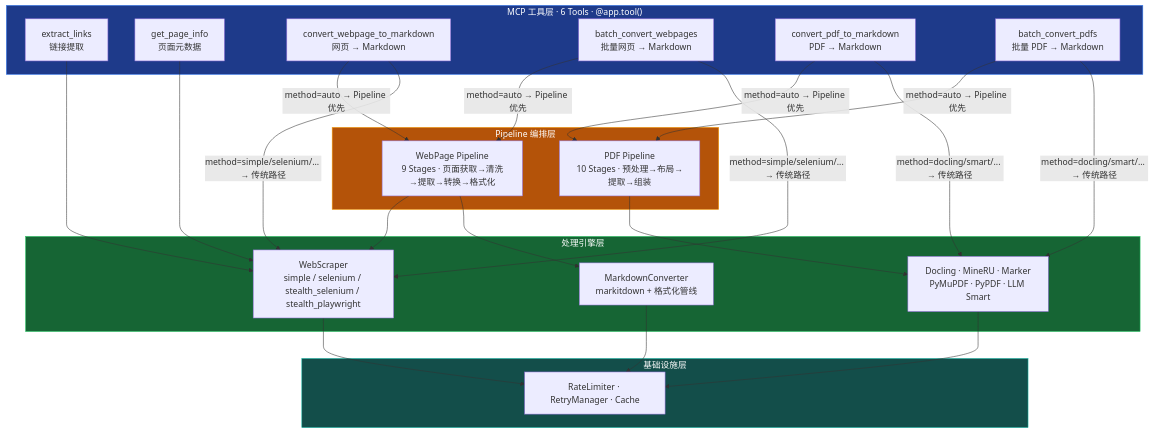
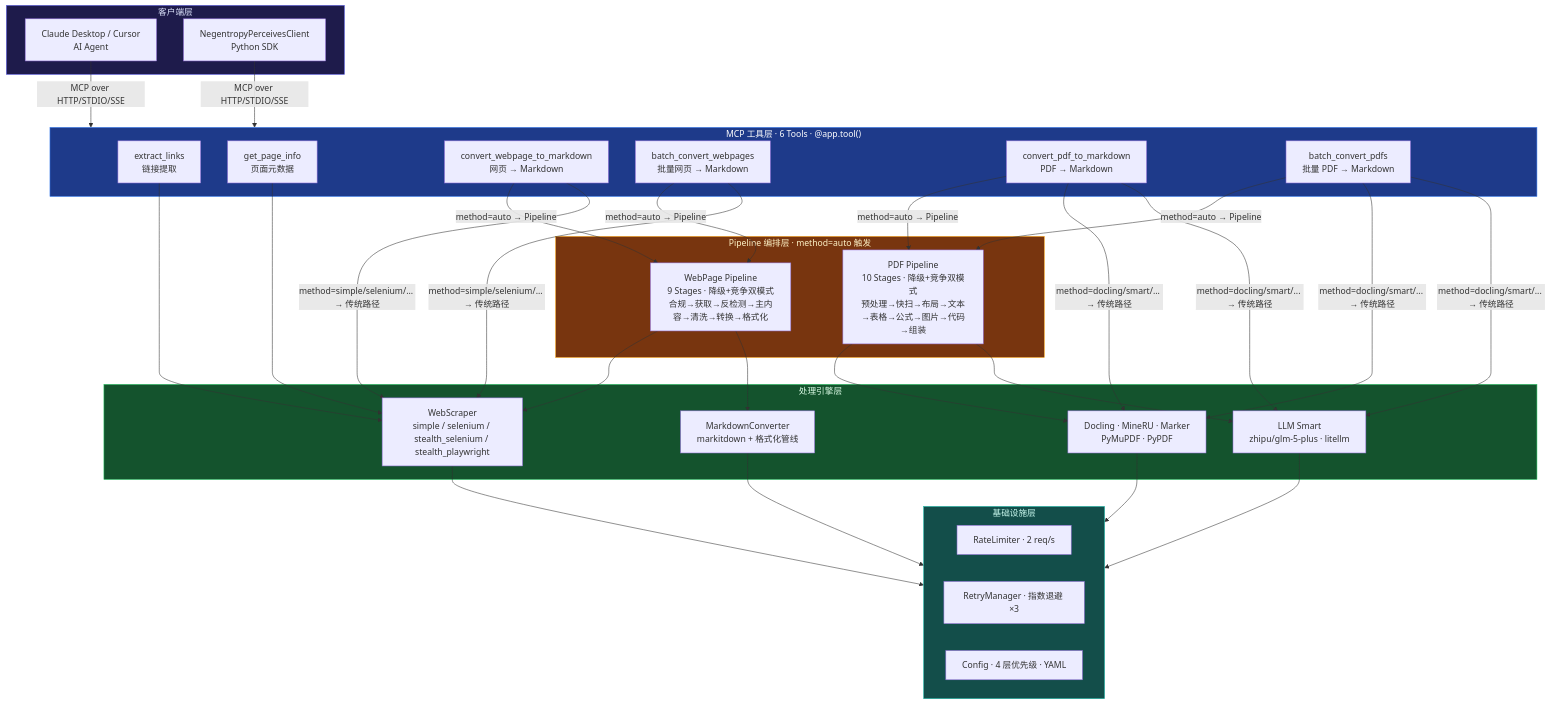
One commit to ThreeFish-AI/negentropy-perceives changed the diagram in README.md. Above: the diagram before and after it, drawn with Mermaid. The commit also changed other lines of this file, not shown here.

Commit message:
docs(README): 重写项目门面文档，对齐工程事实并优化表达风格；修正 PDF 方法数/依赖定位/Pipeline 阶段描述，新增 Alpha 标识/配置集成章节/Claude Desktop 接入示例，升级 Hello World 为完整可执行代码。

````diff
--- a/README.md
+++ b/README.md
@@ -163,40 +241,50 @@
 ```mermaid
 graph TD
+    subgraph CLIENT["客户端层"]
+        A1["Claude Desktop / Cursor<br/>AI Agent"]
+        A2["NegentropyPerceivesClient<br/>Python SDK"]
+    end
+
     subgraph TOOLS["MCP 工具层 · 6 Tools · @app.tool()"]
         T1["extract_links<br/>链接提取"]
         T2["get_page_info<br/>页面元数据"]
         T3["convert_webpage_to_markdown<br/>网页 → Markdown"]
         T4["batch_convert_webpages<br/>批量网页 → Markdown"]
         T5["convert_pdf_to_markdown<br/>PDF → Markdown"]
         T6["batch_convert_pdfs<br/>批量 PDF → Markdown"]
     end
 
-    subgraph PIPELINE["Pipeline 编排层"]
-        PW["WebPage Pipeline<br/>9 Stages · 页面获取→清洗→提取→转换→格式化"]
-        PP["PDF Pipeline<br/>10 Stages · 预处理→布局→提取→组装"]
+    subgraph PIPELINE["Pipeline 编排层 · method=auto 触发"]
+        PW["WebPage Pipeline<br/>9 Stages · 降级+竞争双模式<br/>合规→获取→反检测→主内容→清洗→转换→格式化"]
+        PP["PDF Pipeline<br/>10 Stages · 降级+竞争双模式<br/>预处理→快扫→布局→文本→表格→公式→图片→代码→组装"]
     end
 
     subgraph ENGINES["处理引擎层"]
         E1["WebScraper<br/>simple / selenium / stealth_selenium / stealth_playwright"]
-        E2["Docling · MineRU · Marker<br/>PyMuPDF · PyPDF · LLM Smart"]
-        E3["MarkdownConverter<br/>markitdown + 格式化管线"]
+        E2["Docling · MineRU · Marker<br/>PyMuPDF · PyPDF"]
+        E3["LLM Smart<br/>zhipu/glm-5-plus · litellm"]
+        E4["MarkdownConverter<br/>markitdown + 格式化管线"]
     end
 
     subgraph INFRA["基础设施层"]
-        I1["RateLimiter · RetryManager · Cache"]
+        I1["RateLimiter · 2 req/s"]
+        I2["RetryManager · 指数退避 ×3"]
+        I3["Config · 4 层优先级 · YAML"]
     end
 
-    T3 & T4 -->|"method=auto → Pipeline 优先"| PW
+    A1 & A2 -->|"MCP over HTTP/STDIO/SSE"| TOOLS
+    T3 & T4 -->|"method=auto → Pipeline"| PW
     T3 & T4 -->|"method=simple/selenium/... → 传统路径"| E1
-    T5 & T6 -->|"method=auto → Pipeline 优先"| PP
-    T5 & T6 -->|"method=docling/smart/... → 传统路径"| E2
+    T5 & T6 -->|"method=auto → Pipeline"| PP
+    T5 & T6 -->|"method=docling/smart/... → 传统路径"| E2 & E3
     T1 & T2 --> E1
-    PW --> E1 & E3
-    PP --> E2
-    E1 & E2 & E3 --> I1
+    PW --> E1 & E4
+    PP --> E2 & E3
+    E1 & E2 & E3 & E4 --> INFRA
 
+    style CLIENT fill:#1e1b4b,stroke:#6366f1,color:#e0e7ff
     style TOOLS fill:#1e3a8a,stroke:#3b82f6,color:#ffffff
-    style PIPELINE fill:#b45309,stroke:#f59e0b,color:#ffffff
-    style ENGINES fill:#166534,stroke:#22c55e,color:#ffffff
-    style INFRA fill:#134e4a,stroke:#14b8a6,color:#ffffff
+    style PIPELINE fill:#78350f,stroke:#f59e0b,color:#fef3c7
+    style ENGINES fill:#14532d,stroke:#22c55e,color:#dcfce7
+    style INFRA fill:#134e4a,stroke:#14b8a6,color:#ccfbf1
 ```
````
